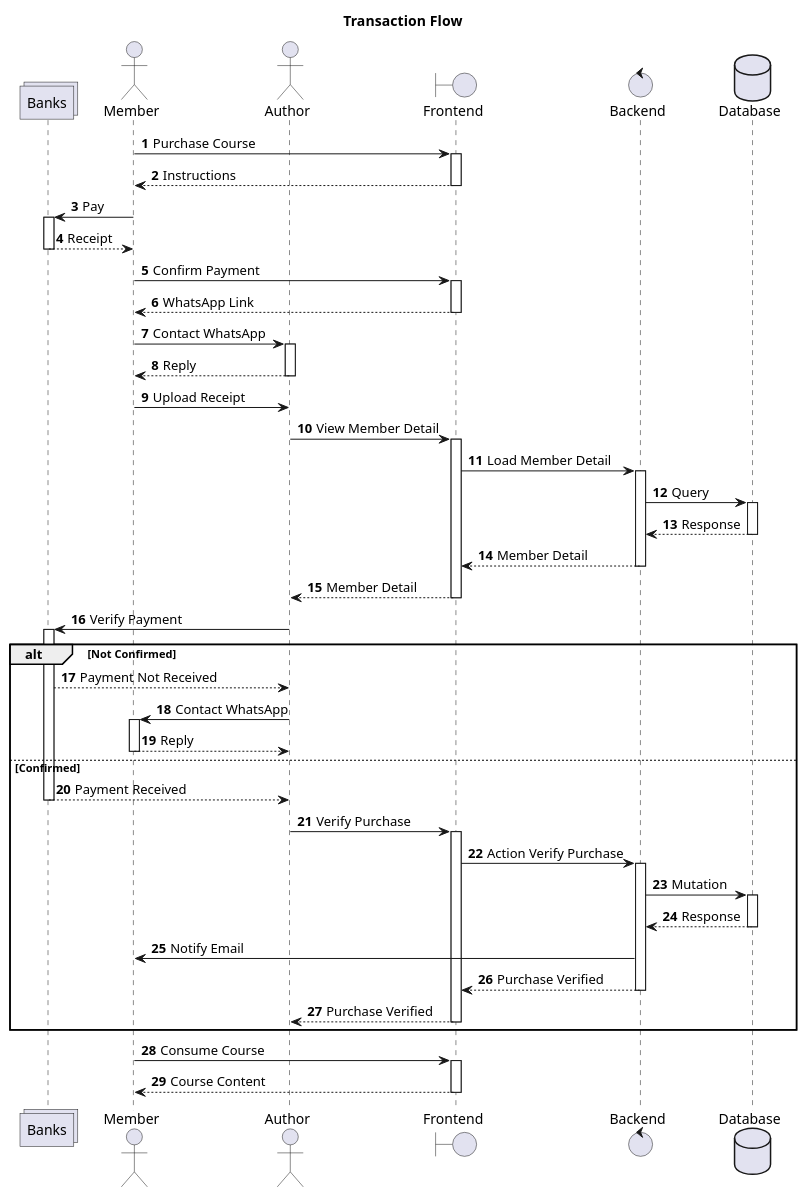
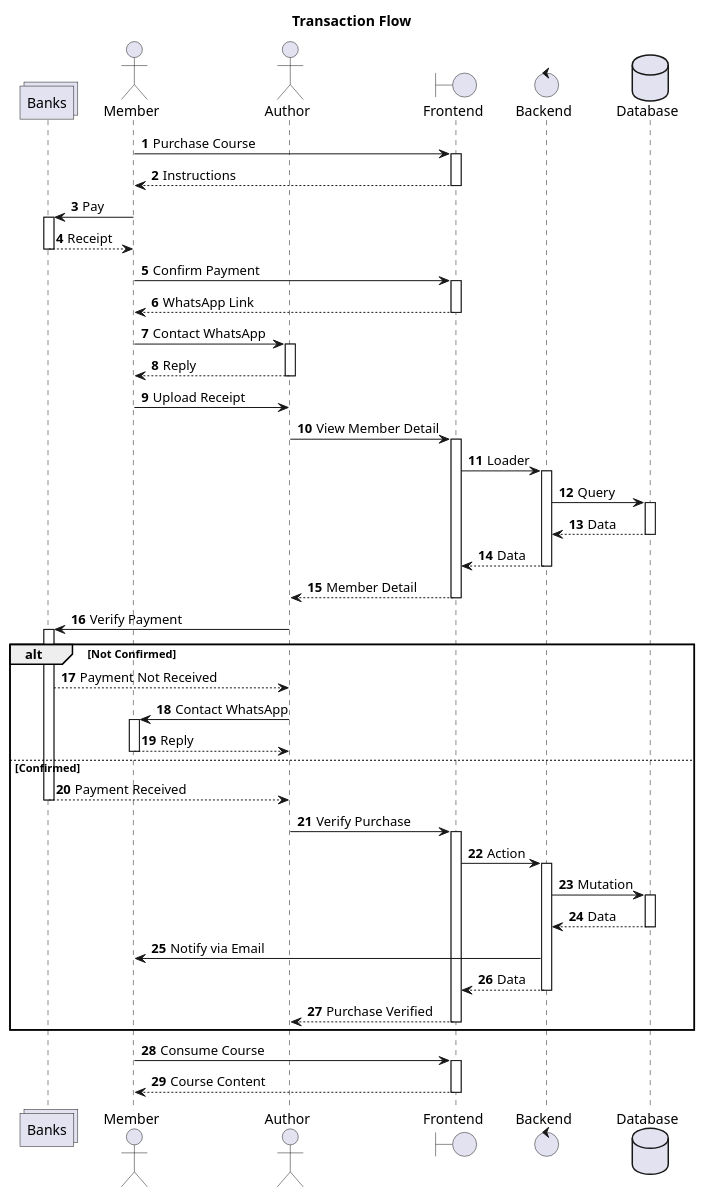
One commit to zainfathoni/kelas.rumahberbagi.com changed the diagram in docs/diagrams/transaction-flow.puml. Above: the diagram before and after it, drawn with PlantUML.

Commit message:
docs: simplify copy between frontend and backend

```diff
--- a/docs/diagrams/transaction-flow.puml
+++ b/docs/diagrams/transaction-flow.puml
@@ -1,60 +1,60 @@
 @startuml "Transaction Flow"
 title "Transaction Flow"
 
 collections Banks
 actor Member
 actor Author
 boundary Frontend as FE
 control Backend as BE
 database Database as DB
 
 autonumber
 autoactivate on
 
 Member -> FE: Purchase Course
 return Instructions
 Member -> Banks: Pay
 return Receipt
 Member -> FE: Confirm Payment
 return WhatsApp Link
 Member -> Author: Contact WhatsApp
 return Reply
 
 autoactivate off
 Member -> Author: Upload Receipt
 autoactivate on
 
 Author -> FE: View Member Detail
-FE -> BE: Load Member Detail
+FE -> BE: Loader
 BE -> DB: Query
-return Response
-return Member Detail
+return Data
+return Data
 return Member Detail
 
 Author -> Banks: Verify Payment
 
 autoactivate off
 
 alt Not Confirmed
   Banks --> Author: Payment Not Received
   autoactivate on
   Author -> Member: Contact WhatsApp
   return Reply
 else Confirmed
   return Payment Received
   Author -> FE: Verify Purchase
-  FE -> BE: Action Verify Purchase
+  FE -> BE: Action
   BE -> DB: Mutation
-  return Response
+  return Data
 
   autoactivate off
-  BE -> Member: Notify Email
+  BE -> Member: Notify via Email
   autoactivate on
 
-  return Purchase Verified
+  return Data
   return Purchase Verified
 end
 
 Member -> FE: Consume Course
 return Course Content
 @enduml
```
